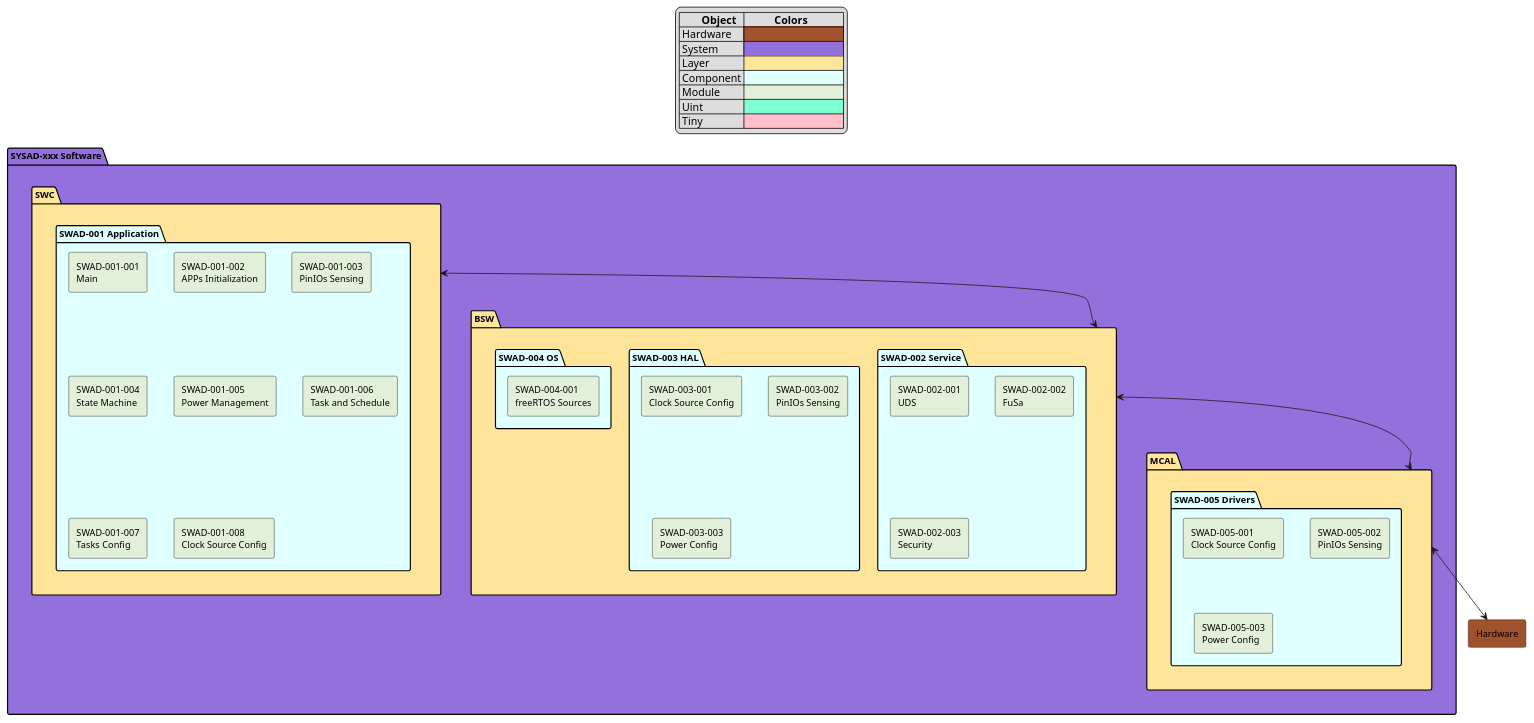
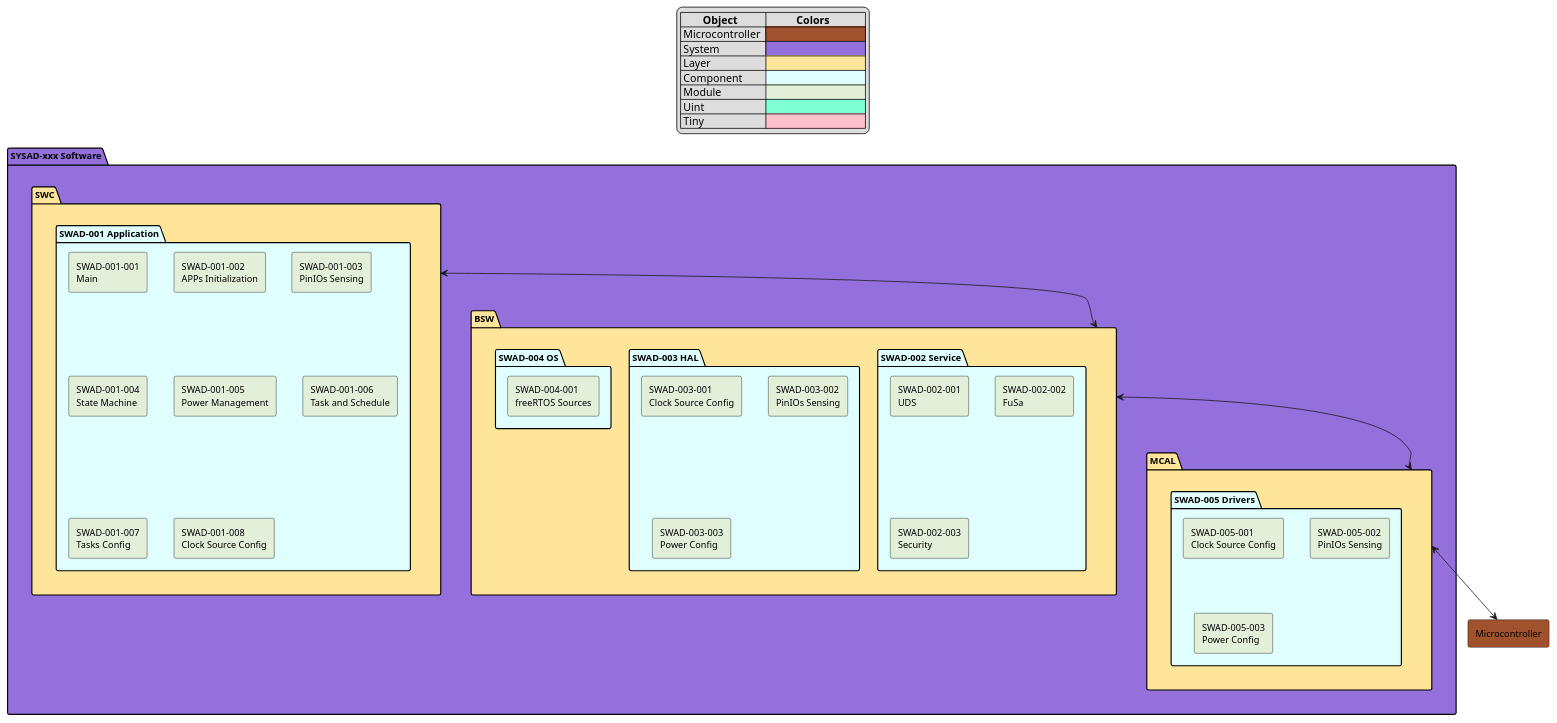
One commit to FdsLu/StaticSwArch changed the diagram in Static_Sw_Arch.plantuml. Above: the diagram before and after it, drawn with PlantUML.

Commit message:
[Modify] Rename [Modify] 1. Rename Hardware to Microcontroller.

```diff
--- a/Static_Sw_Arch.plantuml
+++ b/Static_Sw_Arch.plantuml
@@ -1,70 +1,70 @@
 @startuml
 '----- Table Description ----
 'Object Colors Setting
 skinparam defaultFontName Arial
 skinparam defaultFontSize 12
 
 skinparam rectangle {
     BackgroundColor #87CEFA
     BorderColor #000000
 }
 
 legend top
 |=        Object  |=           Colors  |
-| Hardware  |<back:#A0522D>                                    |
+| Microcontroller  |<back:#A0522D>                                    |
 | System  |<back:#9370DB>                                    |
 | Layer  |<back:#FEE599>                                    |
 | Component |<back:#E0FFFF>                                    |
 | Module |<back:#E2EFD9>                                    |
 | Uint |<back:#7FFFD4>                                    |
 | Tiny |<back:#FFC0CB>                                    |
 endlegend
 
 package "SYSAD-xxx Software" #9370DB {
     package "SWC" #FEE599 {
         package "SWAD-001 Application" #E0FFFF {
             rectangle "SWAD-001-001\nMain" as Main #E2EFD9
             rectangle "SWAD-001-002\nAPPs Initialization" as AppsInit #E2EFD9
             rectangle "SWAD-001-003\nPinIOs Sensing" as PinIOSensing #E2EFD9
             rectangle "SWAD-001-004\nState Machine" as StateMachine #E2EFD9
             rectangle "SWAD-001-005\nPower Management" as PowerManagement #E2EFD9
             rectangle "SWAD-001-006\nTask and Schedule" as TaskSchedule #E2EFD9
             rectangle "SWAD-001-007\nTasks Config" as TasksConfig #E2EFD9
             rectangle "SWAD-001-008\nClock Source Config" as ClockSourceConfig #E2EFD9
         }
     }
 
     package "BSW" #FEE599 {
         package "SWAD-002 Service" as Service #E0FFFF {
             rectangle "SWAD-002-001\nUDS" as UDS #E2EFD9
             rectangle "SWAD-002-002\nFuSa" as FuSa #E2EFD9
             rectangle "SWAD-002-003\nSecurity" as Security #E2EFD9
         }
 
         package "SWAD-003 HAL" as HAL #E0FFFF {
             rectangle "SWAD-003-001\nClock Source Config" as HAL_ClockSourceConfig #E2EFD9
             rectangle "SWAD-003-002\nPinIOs Sensing" as HAL_PinIOSensing #E2EFD9
             rectangle "SWAD-003-003\nPower Config" as HAL_PowerConfig #E2EFD9
         }
 
         package "SWAD-004 OS" as OS #E0FFFF {
             rectangle "SWAD-004-001\nfreeRTOS Sources" as freeRTOS #E2EFD9
         }
     }
 
     package "MCAL" #FEE599 {
         package "SWAD-005 Drivers" as Drivers #E0FFFF {
             rectangle "SWAD-005-001\nClock Source Config" as MCAL_ClockSourceConfig #E2EFD9
             rectangle "SWAD-005-002\nPinIOs Sensing" as MCAL_PinIOSensing #E2EFD9
             rectangle "SWAD-005-003\nPower Config" as MCAL_PowerConfig #E2EFD9
         }
     }
 }
 
-rectangle "Hardware" as Hardware #A0522D
+rectangle "Microcontroller" as MCU #A0522D
 
 SWC <--> BSW
 BSW <--> MCAL
-MCAL <--> Hardware
+MCAL <--> MCU
 
 @enduml
```
